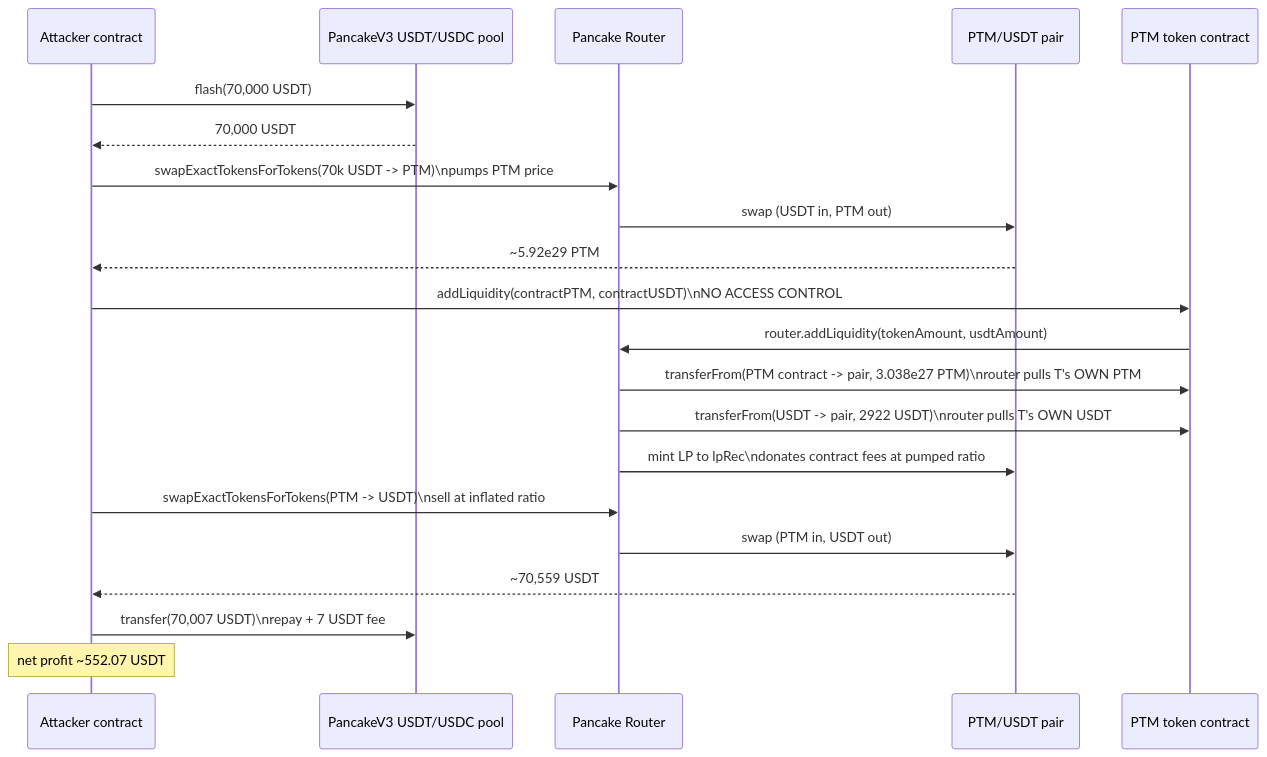
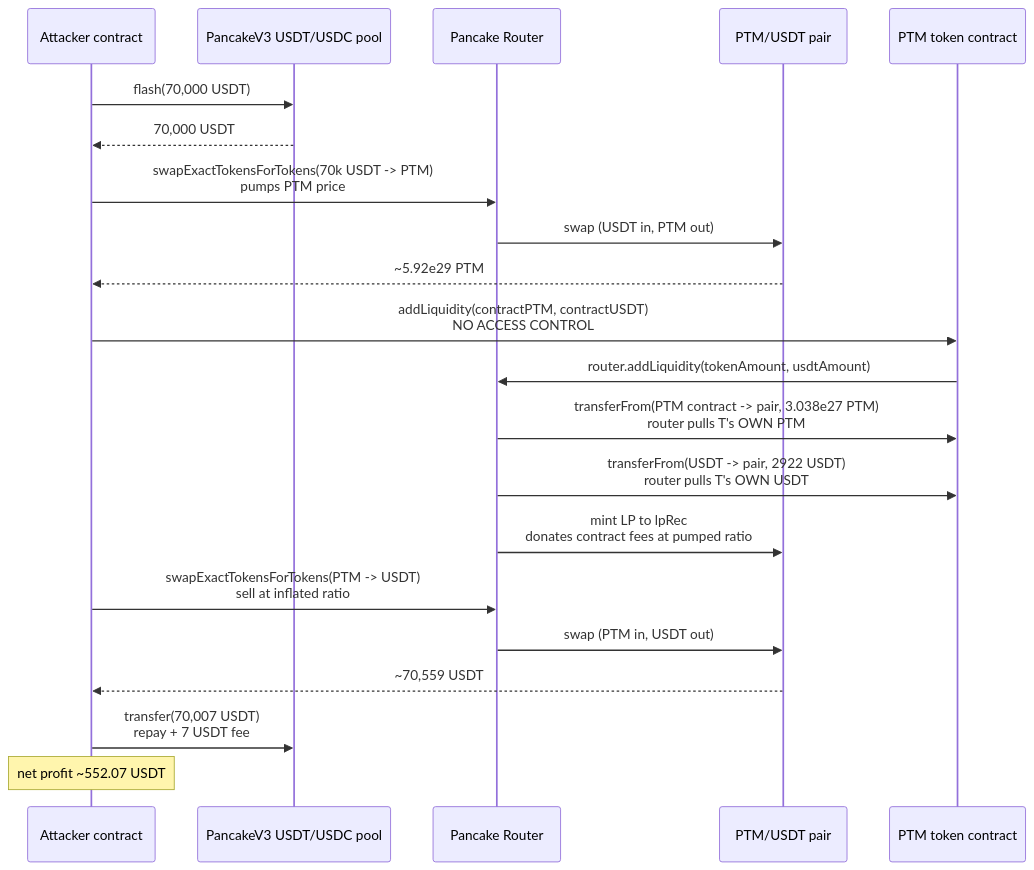
One commit to sanbir/evm-hack-registry changed the first of 2 diagrams in 2025-03-PTM_exp/PTM_exp.md. Above: the diagram before and after it, drawn with Mermaid. The commit also changed other lines of this file and 280 other files, not shown here.

Commit message:
mermaid fixes

````diff
--- a/2025-03-PTM_exp/PTM_exp.md
+++ b/2025-03-PTM_exp/PTM_exp.md
@@ -125,24 +125,24 @@
 ```mermaid
 sequenceDiagram
     participant A as Attacker contract
     participant V3 as PancakeV3 USDT/USDC pool
     participant R as Pancake Router
     participant P as PTM/USDT pair
     participant T as PTM token contract
 
     A->>V3: flash(70,000 USDT)
     V3-->>A: 70,000 USDT
-    A->>R: swapExactTokensForTokens(70k USDT -> PTM)\npumps PTM price
+    A->>R: swapExactTokensForTokens(70k USDT -> PTM)<br/>pumps PTM price
     R->>P: swap (USDT in, PTM out)
     P-->>A: ~5.92e29 PTM
-    A->>T: addLiquidity(contractPTM, contractUSDT)\nNO ACCESS CONTROL
+    A->>T: addLiquidity(contractPTM, contractUSDT)<br/>NO ACCESS CONTROL
     T->>R: router.addLiquidity(tokenAmount, usdtAmount)
-    R->>T: transferFrom(PTM contract -> pair, 3.038e27 PTM)\nrouter pulls T's OWN PTM
-    R->>T: transferFrom(USDT -> pair, 2922 USDT)\nrouter pulls T's OWN USDT
-    R->>P: mint LP to lpRec\ndonates contract fees at pumped ratio
-    A->>R: swapExactTokensForTokens(PTM -> USDT)\nsell at inflated ratio
+    R->>T: transferFrom(PTM contract -> pair, 3.038e27 PTM)<br/>router pulls T's OWN PTM
+    R->>T: transferFrom(USDT -> pair, 2922 USDT)<br/>router pulls T's OWN USDT
+    R->>P: mint LP to lpRec<br/>donates contract fees at pumped ratio
+    A->>R: swapExactTokensForTokens(PTM -> USDT)<br/>sell at inflated ratio
     R->>P: swap (PTM in, USDT out)
     P-->>A: ~70,559 USDT
-    A->>V3: transfer(70,007 USDT)\nrepay + 7 USDT fee
+    A->>V3: transfer(70,007 USDT)<br/>repay + 7 USDT fee
     Note over A: net profit ~552.07 USDT
 ```
````
